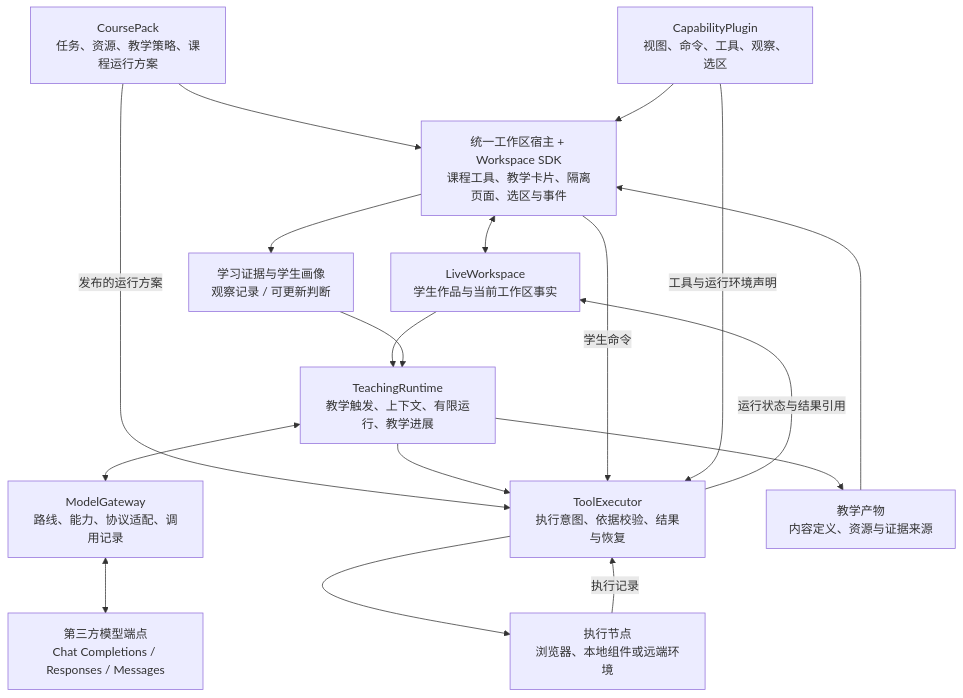
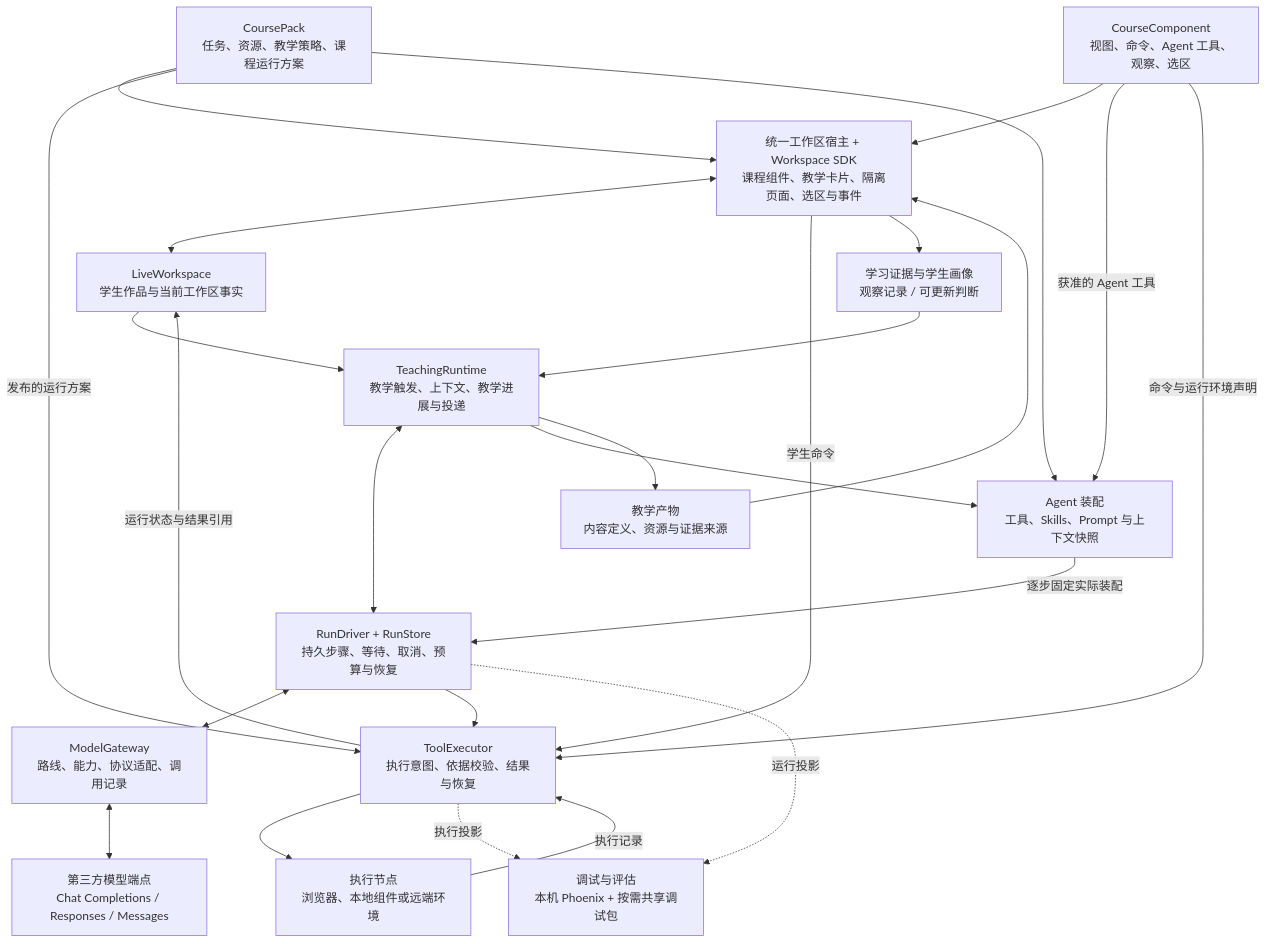
The diagram in docs/student-agent-architecture.md (paher-din/XunJie), drawn with Mermaid before and after one commit. The commit also changed other lines of this file and 58 other files, not shown here.

Commit message:
docs: finalize student agent architecture and research

````diff
--- a/docs/student-agent-architecture.md
+++ b/docs/student-agent-architecture.md
@@ -29,31 +31,41 @@
 ```mermaid
 flowchart TB
     Pack["CoursePack<br/>任务、资源、教学策略、课程运行方案"]
-    Plugins["CapabilityPlugin<br/>视图、命令、工具、观察、选区"]
-    Host["统一工作区宿主 + Workspace SDK<br/>课程工具、教学卡片、隔离页面、选区与事件"]
+    Components["CourseComponent<br/>视图、命令、Agent 工具、观察、选区"]
+    Host["统一工作区宿主 + Workspace SDK<br/>课程组件、教学卡片、隔离页面、选区与事件"]
     State["LiveWorkspace<br/>学生作品与当前工作区事实"]
-    Runtime["TeachingRuntime<br/>教学触发、上下文、有限运行、教学进展"]
+    Runtime["TeachingRuntime<br/>教学触发、上下文、教学进展与投递"]
+    Driver["RunDriver + RunStore<br/>持久步骤、等待、取消、预算与恢复"]
+    Assembly["Agent 装配<br/>工具、Skills、Prompt 与上下文快照"]
     Executor["ToolExecutor<br/>执行意图、依据校验、结果与恢复"]
     Nodes["执行节点<br/>浏览器、本地组件或远端环境"]
     Gateway["ModelGateway<br/>路线、能力、协议适配、调用记录"]
     Providers["第三方模型端点<br/>Chat Completions / Responses / Messages"]
     Artifact["教学产物<br/>内容定义、资源与证据来源"]
     Evidence["学习证据与学生画像<br/>观察记录 / 可更新判断"]
+    Evaluation["调试与评估<br/>本机 Phoenix + 按需共享调试包"]
     Pack --> Host
     Pack -->|发布的运行方案| Executor
-    Plugins --> Host
+    Components --> Host
+    Pack --> Assembly
+    Components -->|获准的 Agent 工具| Assembly
     Host <--> State
     State --> Runtime
     Evidence --> Runtime
-    Runtime <--> Gateway
+    Runtime <--> Driver
+    Runtime --> Assembly
+    Assembly -->|逐步固定实际装配| Driver
+    Driver <--> Gateway
     Gateway <--> Providers
-    Runtime --> Executor
+    Driver --> Executor
     Host -->|学生命令| Executor
-    Plugins -->|工具与运行环境声明| Executor
+    Components -->|命令与运行环境声明| Executor
     Executor --> Nodes
     Nodes -->|执行记录| Executor
     Executor -->|运行状态与结果引用| State
     Runtime --> Artifact
     Artifact --> Host
     Host --> Evidence
+    Driver -.->|运行投影| Evaluation
+    Executor -.->|执行投影| Evaluation
 ```
````
